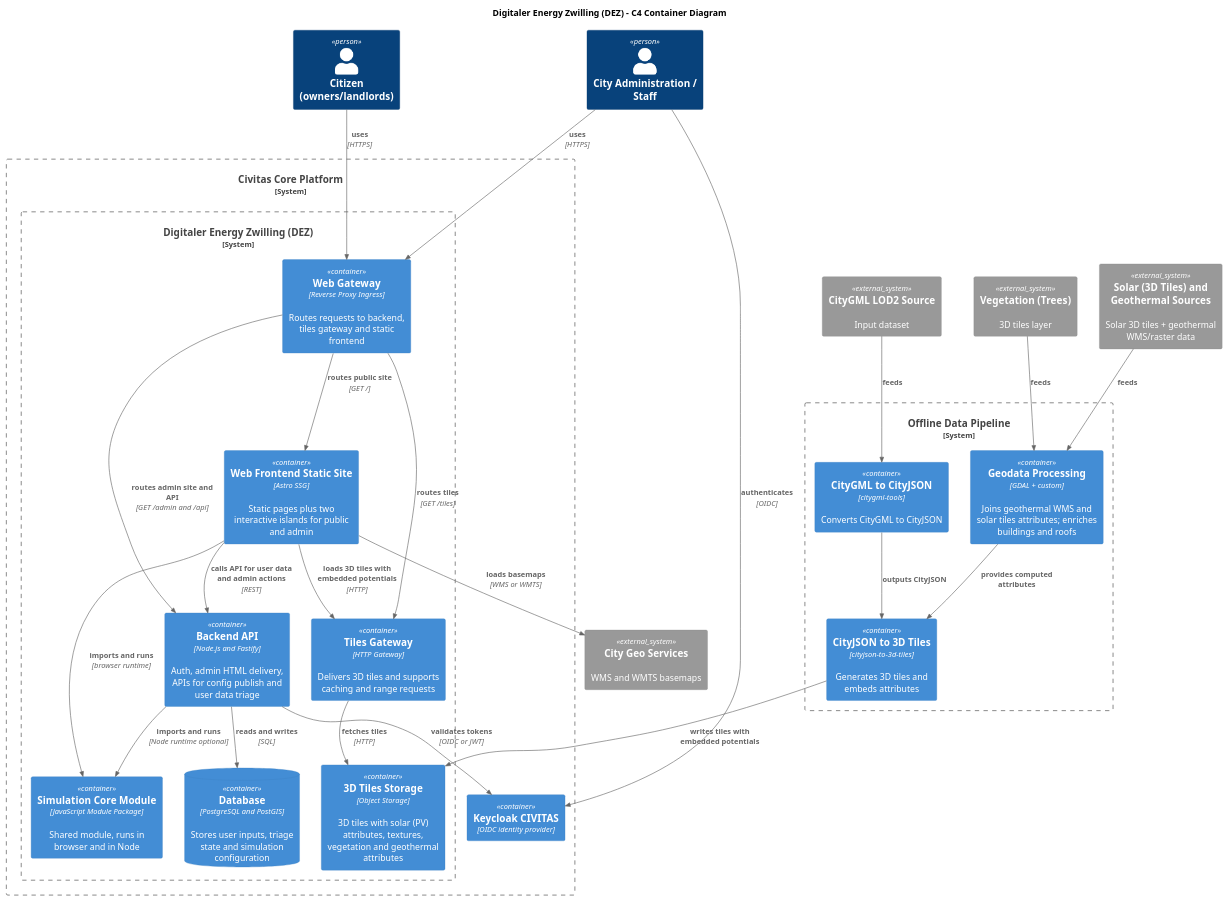
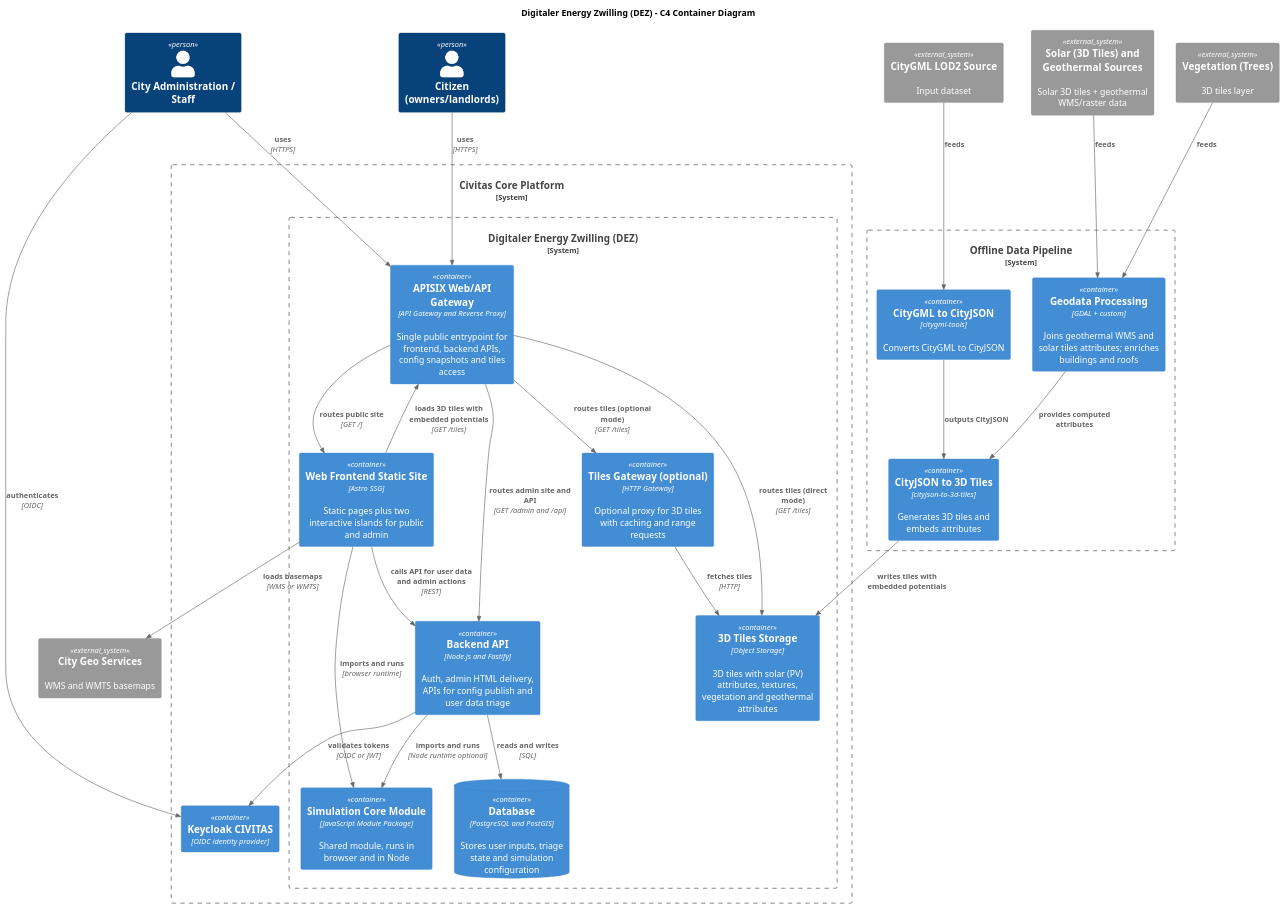
One commit to csi-FOXBYTE/Regensburg_DigitalerEnergieZwilling_Backend changed the diagram in docs/architecture/raw/c4-container.puml. Above: the diagram before and after it, drawn with PlantUML. The commit also changed 36 other files, not shown here.

```diff
--- a/docs/architecture/raw/c4-container.puml
+++ b/docs/architecture/raw/c4-container.puml
@@ -1,67 +1,68 @@
 @startuml
 !includeurl https://raw.githubusercontent.com/plantuml-stdlib/C4-PlantUML/master/C4_Container.puml
 
 title Digitaler Energy Zwilling (DEZ) - C4 Container Diagram
 
 Person(citizen, "Citizen (owners/landlords)")
 Person(admin, "City Administration / Staff")
 
 System_Boundary(civitas, "Civitas Core Platform") {
   System_Boundary(det, "Digitaler Energy Zwilling (DEZ)") {
 
-    Container(gateway, "Web Gateway", "Reverse Proxy Ingress", "Routes requests to backend, tiles gateway and static frontend")
+    Container(gateway, "APISIX Web/API Gateway", "API Gateway and Reverse Proxy", "Single public entrypoint for frontend, backend APIs, config snapshots and tiles access")
 
     Container(frontend, "Web Frontend Static Site", "Astro SSG", "Static pages plus two interactive islands for public and admin")
 
     Container(backend, "Backend API", "Node.js and Fastify", "Auth, admin HTML delivery, APIs for config publish and user data triage")
 
     Container(simCore, "Simulation Core Module", "JavaScript Module Package", "Shared module, runs in browser and in Node")
 
-    Container(tilesGw, "Tiles Gateway", "HTTP Gateway", "Delivers 3D tiles and supports caching and range requests")
+    Container(tilesGw, "Tiles Gateway (optional)", "HTTP Gateway", "Optional proxy for 3D tiles with caching and range requests")
     Container(tilesStore, "3D Tiles Storage", "Object Storage", "3D tiles with solar (PV) attributes, textures, vegetation and geothermal attributes")
 
     ContainerDb(db, "Database", "PostgreSQL and PostGIS", "Stores user inputs, triage state and simulation configuration")
   }
 
   Container(idp, "Keycloak CIVITAS", "OIDC identity provider")
 }
 System_Ext(geo, "City Geo Services", "WMS and WMTS basemaps")
 
 System_Ext(citygml, "CityGML LOD2 Source", "Input dataset")
 System_Ext(potentials, "Solar (3D Tiles) and Geothermal Sources", "Solar 3D tiles + geothermal WMS/raster data")
 System_Ext(vegetation, "Vegetation (Trees)", "3D tiles layer")
 
 System_Boundary(pipeline, "Offline Data Pipeline") {
   Container(citygmlTools, "CityGML to CityJSON", "citygml-tools", "Converts CityGML to CityJSON")
   Container(gdal, "Geodata Processing", "GDAL + custom", "Joins geothermal WMS and solar tiles attributes; enriches buildings and roofs")
   Container(tilesConv, "CityJSON to 3D Tiles", "cityjson-to-3d-tiles", "Generates 3D tiles and embeds attributes")
 }
 
 Rel(citizen, gateway, "uses", "HTTPS")
 Rel(admin, gateway, "uses", "HTTPS")
 
 Rel(gateway, frontend, "routes public site", "GET /")
 Rel(gateway, backend, "routes admin site and API", "GET /admin and /api")
-Rel(gateway, tilesGw, "routes tiles", "GET /tiles")
+Rel(gateway, tilesGw, "routes tiles (optional mode)", "GET /tiles")
+Rel(gateway, tilesStore, "routes tiles (direct mode)", "GET /tiles")
 
 Rel(admin, idp, "authenticates", "OIDC")
 Rel(backend, idp, "validates tokens", "OIDC or JWT")
 
 Rel(frontend, simCore, "imports and runs", "browser runtime")
 Rel(backend, simCore, "imports and runs", "Node runtime optional")
 
 Rel(frontend, geo, "loads basemaps", "WMS or WMTS")
-Rel(frontend, tilesGw, "loads 3D tiles with embedded potentials", "HTTP")
+Rel(frontend, gateway, "loads 3D tiles with embedded potentials", "GET /tiles")
 Rel(tilesGw, tilesStore, "fetches tiles", "HTTP")
 
 Rel(backend, db, "reads and writes", "SQL")
 Rel(frontend, backend, "calls API for user data and admin actions", "REST")
 
 Rel(citygml, citygmlTools, "feeds")
 Rel(potentials, gdal, "feeds")
 Rel(vegetation, gdal, "feeds")
 Rel(citygmlTools, tilesConv, "outputs CityJSON")
 Rel(gdal, tilesConv, "provides computed attributes")
 Rel(tilesConv, tilesStore, "writes tiles with embedded potentials")
 
 @enduml
```
